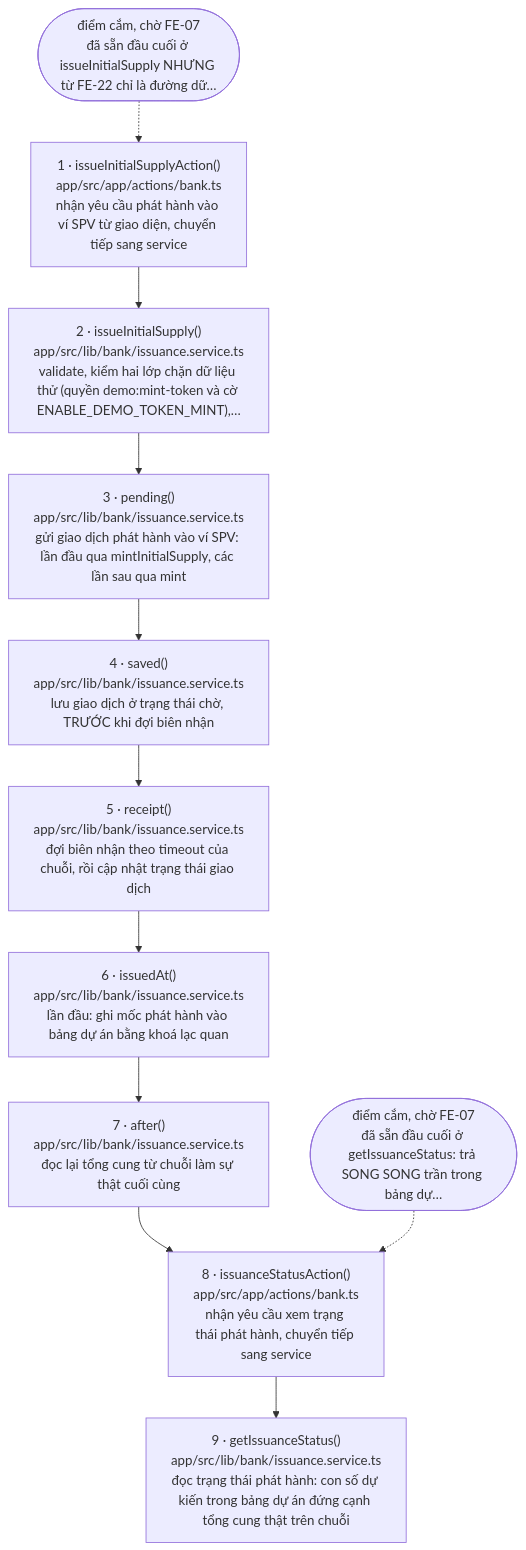
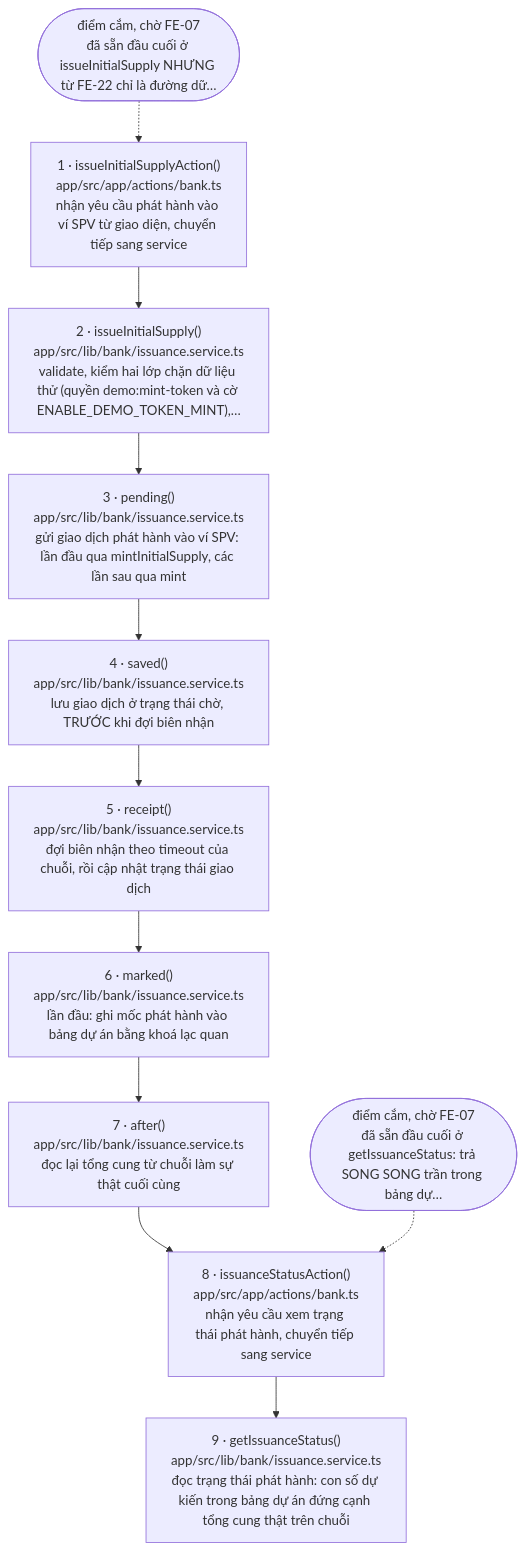
One commit to tuannino/bidv-rwa-tokenize changed the diagram in docs/flows/issue.md. Above: the diagram before and after it, drawn with Mermaid. The commit also changed other lines of this file and 6 other files, not shown here.

````diff
--- a/docs/flows/issue.md
+++ b/docs/flows/issue.md
@@ -20,24 +20,24 @@
 ```mermaid
 flowchart TD
   s1["1 · issueInitialSupplyAction()<br/>app/src/app/actions/bank.ts<br/>nhận yêu cầu phát hành vào ví SPV từ giao diện, chuyển tiếp sang service"]
   s2["2 · issueInitialSupply()<br/>app/src/lib/bank/issuance.service.ts<br/>validate, kiểm hai lớp chặn dữ liệu thử (quyền demo:mint-token và cờ ENABLE_DEMO_TOKEN_MINT),…"]
   s3["3 · pending()<br/>app/src/lib/bank/issuance.service.ts<br/>gửi giao dịch phát hành vào ví SPV: lần đầu qua mintInitialSupply, các lần sau qua mint"]
   s4["4 · saved()<br/>app/src/lib/bank/issuance.service.ts<br/>lưu giao dịch ở trạng thái chờ, TRƯỚC khi đợi biên nhận"]
   s5["5 · receipt()<br/>app/src/lib/bank/issuance.service.ts<br/>đợi biên nhận theo timeout của chuỗi, rồi cập nhật trạng thái giao dịch"]
-  s6["6 · issuedAt()<br/>app/src/lib/bank/issuance.service.ts<br/>lần đầu: ghi mốc phát hành vào bảng dự án bằng khoá lạc quan"]
+  s6["6 · marked()<br/>app/src/lib/bank/issuance.service.ts<br/>lần đầu: ghi mốc phát hành vào bảng dự án bằng khoá lạc quan"]
   s7["7 · after()<br/>app/src/lib/bank/issuance.service.ts<br/>đọc lại tổng cung từ chuỗi làm sự thật cuối cùng"]
   s8["8 · issuanceStatusAction()<br/>app/src/app/actions/bank.ts<br/>nhận yêu cầu xem trạng thái phát hành, chuyển tiếp sang service"]
   s9["9 · getIssuanceStatus()<br/>app/src/lib/bank/issuance.service.ts<br/>đọc trạng thái phát hành: con số dự kiến trong bảng dự án đứng cạnh tổng cung thật trên chuỗi"]
   w1(["điểm cắm, chờ FE-07<br/>đã sẵn đầu cuối ở issueInitialSupply NHƯNG từ FE-22 chỉ là đường dữ…"])
   w2(["điểm cắm, chờ FE-07<br/>đã sẵn đầu cuối ở getIssuanceStatus: trả SONG SONG trần trong bảng dự…"])
   s1 --> s2
   s2 --> s3
   s3 --> s4
   s4 --> s5
   s5 --> s6
   s6 --> s7
   s7 --> s8
   s8 --> s9
   w1 -.-> s1
   w2 -.-> s8
 ```
````
